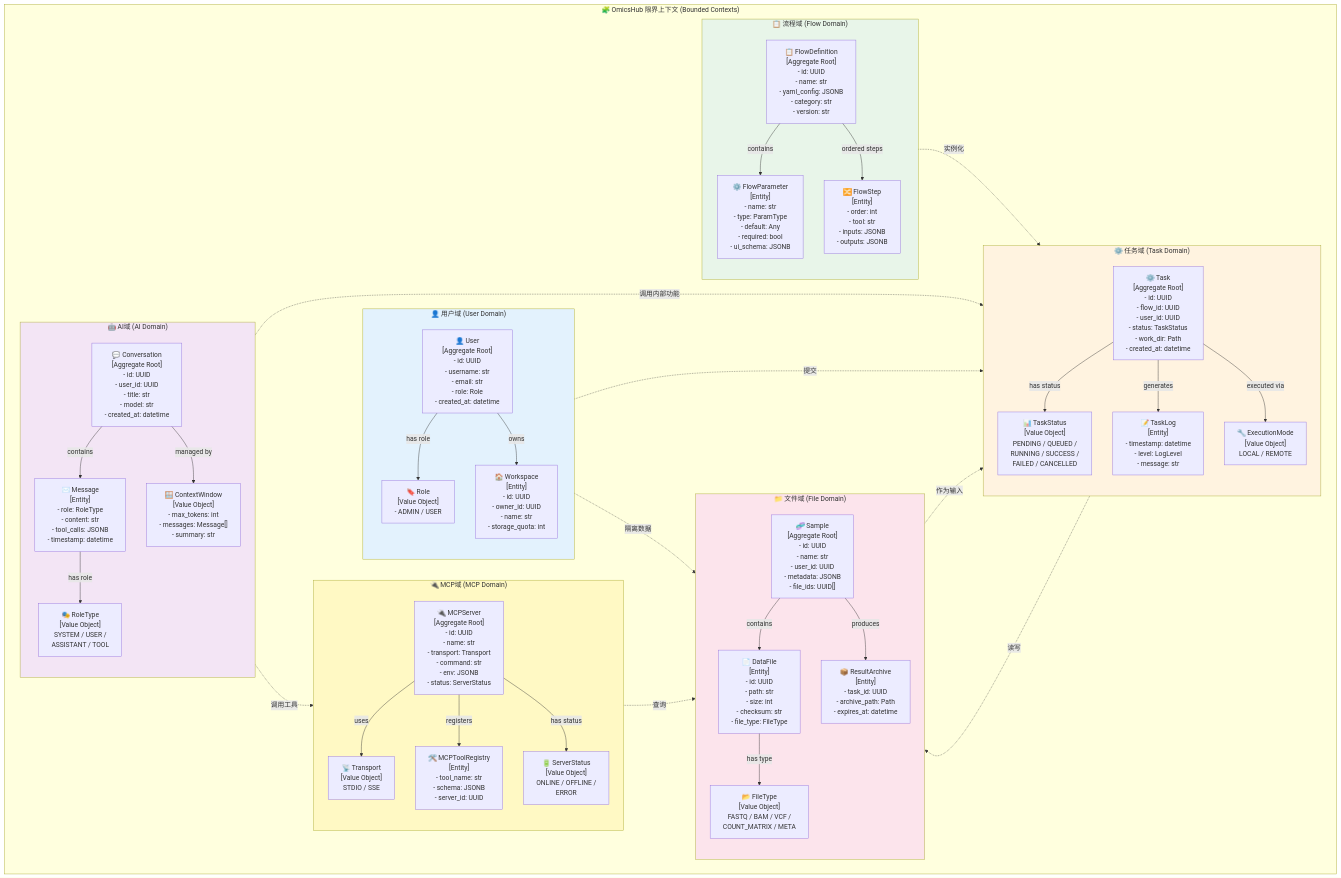
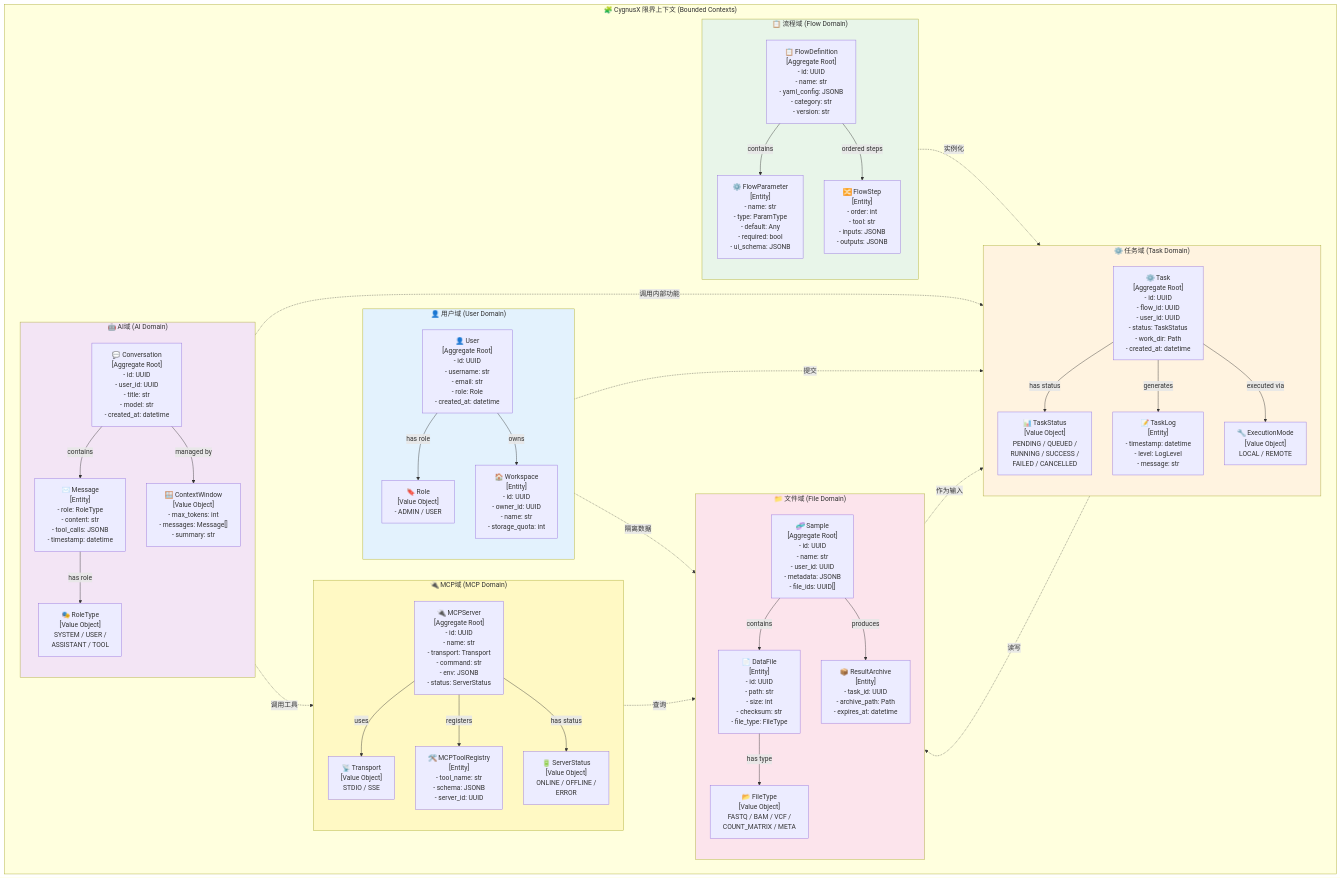
One commit to CygnusX-Labs/CygnusX changed the second of 4 diagrams in docs/modules/01_architecture_overview.md. Above: the diagram before and after it, drawn with Mermaid. The commit also changed other lines of this file and 2091 other files, not shown here.

First line of the commit message:
cygnusx v0.0.3 rename OmicHub/OmicsHub to CygnusX（天鹅座智能科研平台）

````diff
--- a/docs/modules/01_architecture_overview.md
+++ b/docs/modules/01_architecture_overview.md
@@ -180,77 +180,77 @@
 ```mermaid
 flowchart TB
-    subgraph BoundedContexts["🧩 OmicsHub 限界上下文 (Bounded Contexts)"]
+    subgraph BoundedContexts["🧩 CygnusX 限界上下文 (Bounded Contexts)"]
         subgraph UserCtx["👤 用户域 (User Domain)"]
             User["👤 User\n[Aggregate Root]\n- id: UUID\n- username: str\n- email: str\n- role: Role\n- created_at: datetime"]
             Role["🔖 Role\n[Value Object]\n- ADMIN / USER"]
             Workspace["🏠 Workspace\n[Entity]\n- id: UUID\n- owner_id: UUID\n- name: str\n- storage_quota: int"]
             User -->|"has role"| Role
             User -->|"owns"| Workspace
         end
 
         subgraph FlowCtx["📋 流程域 (Flow Domain)"]
             FlowDef["📋 FlowDefinition\n[Aggregate Root]\n- id: UUID\n- name: str\n- yaml_config: JSONB\n- category: str\n- version: str"]
             FlowParam["⚙️ FlowParameter\n[Entity]\n- name: str\n- type: ParamType\n- default: Any\n- required: bool\n- ui_schema: JSONB"]
             FlowStep["🔀 FlowStep\n[Entity]\n- order: int\n- tool: str\n- inputs: JSONB\n- outputs: JSONB"]
             FlowDef -->|"contains"| FlowParam
             FlowDef -->|"ordered steps"| FlowStep
         end
 
         subgraph TaskCtx["⚙️ 任务域 (Task Domain)"]
             Task["⚙️ Task\n[Aggregate Root]\n- id: UUID\n- flow_id: UUID\n- user_id: UUID\n- status: TaskStatus\n- work_dir: Path\n- created_at: datetime"]
             TaskStatusEnum["📊 TaskStatus\n[Value Object]\nPENDING / QUEUED /\nRUNNING / SUCCESS /\nFAILED / CANCELLED"]
             TaskLog["📝 TaskLog\n[Entity]\n- timestamp: datetime\n- level: LogLevel\n- message: str"]
             ExecutionMode["🔧 ExecutionMode\n[Value Object]\nLOCAL / REMOTE"]
             Task -->|"has status"| TaskStatusEnum
             Task -->|"generates"| TaskLog
             Task -->|"executed via"| ExecutionMode
         end
 
         subgraph FileCtx["📁 文件域 (File Domain)"]
             Sample["🧬 Sample\n[Aggregate Root]\n- id: UUID\n- name: str\n- user_id: UUID\n- metadata: JSONB\n- file_ids: UUID[]"]
             DataFile["📄 DataFile\n[Entity]\n- id: UUID\n- path: str\n- size: int\n- checksum: str\n- file_type: FileType"]
             FileTypeEnum["📂 FileType\n[Value Object]\nFASTQ / BAM / VCF /\nCOUNT_MATRIX / META"]
             ResultArchive["📦 ResultArchive\n[Entity]\n- task_id: UUID\n- archive_path: Path\n- expires_at: datetime"]
             Sample -->|"contains"| DataFile
             DataFile -->|"has type"| FileTypeEnum
             Sample -->|"produces"| ResultArchive
         end
 
         subgraph AICtx["🤖 AI域 (AI Domain)"]
             Conversation["💬 Conversation\n[Aggregate Root]\n- id: UUID\n- user_id: UUID\n- title: str\n- model: str\n- created_at: datetime"]
             Message["✉️ Message\n[Entity]\n- role: RoleType\n- content: str\n- tool_calls: JSONB\n- timestamp: datetime"]
             RoleTypeEnum["🎭 RoleType\n[Value Object]\nSYSTEM / USER /\nASSISTANT / TOOL"]
             ContextWindow["🪟 ContextWindow\n[Value Object]\n- max_tokens: int\n- messages: Message[]\n- summary: str"]
             Conversation -->|"contains"| Message
             Message -->|"has role"| RoleTypeEnum
             Conversation -->|"managed by"| ContextWindow
         end
 
         subgraph MCPCtx["🔌 MCP域 (MCP Domain)"]
             MCPServerReg["🔌 MCPServer\n[Aggregate Root]\n- id: UUID\n- name: str\n- transport: Transport\n- command: str\n- env: JSONB\n- status: ServerStatus"]
             MCPTransport["📡 Transport\n[Value Object]\nSTDIO / SSE"]
             MCPToolRegistry["🛠️ MCPToolRegistry\n[Entity]\n- tool_name: str\n- schema: JSONB\n- server_id: UUID"]
             ServerStatusEnum["🔋 ServerStatus\n[Value Object]\nONLINE / OFFLINE /\nERROR"]
             MCPServerReg -->|"uses"| MCPTransport
             MCPServerReg -->|"registers"| MCPToolRegistry
             MCPServerReg -->|"has status"| ServerStatusEnum
         end
     end
 
     %% === 跨域关系 ===
     UserCtx -.->|"提交"| TaskCtx
     FlowCtx -.->|"实例化"| TaskCtx
     TaskCtx -.->|"读写"| FileCtx
     FileCtx -.->|"作为输入"| TaskCtx
     AICtx -.->|"调用内部功能"| TaskCtx
     AICtx -.->|"调用工具"| MCPCtx
     MCPCtx -.->|"查询"| FileCtx
     UserCtx -.->|"隔离数据"| FileCtx
 
     style UserCtx fill:#e3f2fd
     style FlowCtx fill:#e8f5e9
     style TaskCtx fill:#fff3e0
     style FileCtx fill:#fce4ec
     style AICtx fill:#f3e5f5
     style MCPCtx fill:#fff9c4
 ```
````
